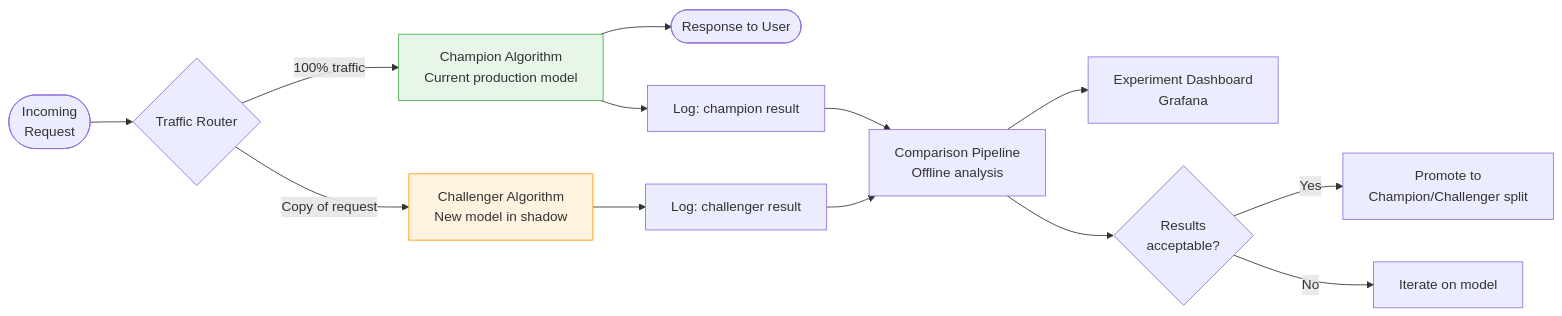
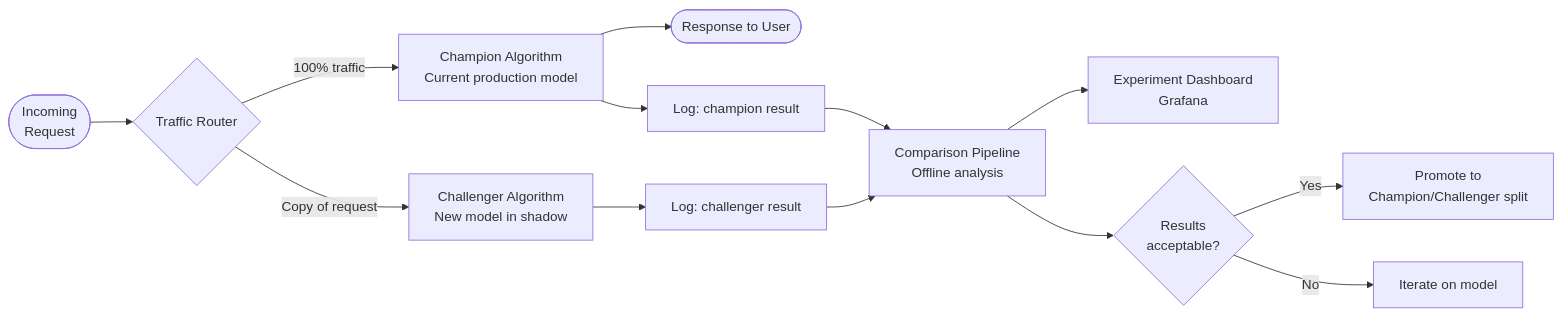
The fourth of 6 diagrams in 10-ai-ml-platform/01-ml-platform.md (rishikeshdhokare/platform-manifesto), drawn with Mermaid before and after one commit. The commit also changed other lines of this file and 14 other files, not shown here.

First line of the commit message:
fix: remove mermaid style directives (119 lines across 15 files)

````diff
--- a/10-ai-ml-platform/01-ml-platform.md
+++ b/10-ai-ml-platform/01-ml-platform.md
@@ -245,22 +239,20 @@
 ```mermaid
 flowchart LR
     Request([Incoming<br/>Request]) --> Router{Traffic Router}
 
     Router -->|100% traffic| Champion[Champion Algorithm<br/>Current production model]
     Router -->|Copy of request| Challenger[Challenger Algorithm<br/>New model in shadow]
 
     Champion --> Response([Response to User])
     Champion --> Log1[Log: champion result]
     Challenger --> Log2[Log: challenger result]
 
     Log1 --> Compare[Comparison Pipeline<br/>Offline analysis]
     Log2 --> Compare
 
     Compare --> Dashboard[Experiment Dashboard<br/>Grafana]
     Compare --> Decision{Results<br/>acceptable?}
     Decision -->|Yes| Promote[Promote to<br/>Champion/Challenger split]
     Decision -->|No| Iterate[Iterate on model]
 
-    style Champion fill:#e8f5e9,stroke:#4caf50
-    style Challenger fill:#fff3e0,stroke:#ff9800
 ```
````
